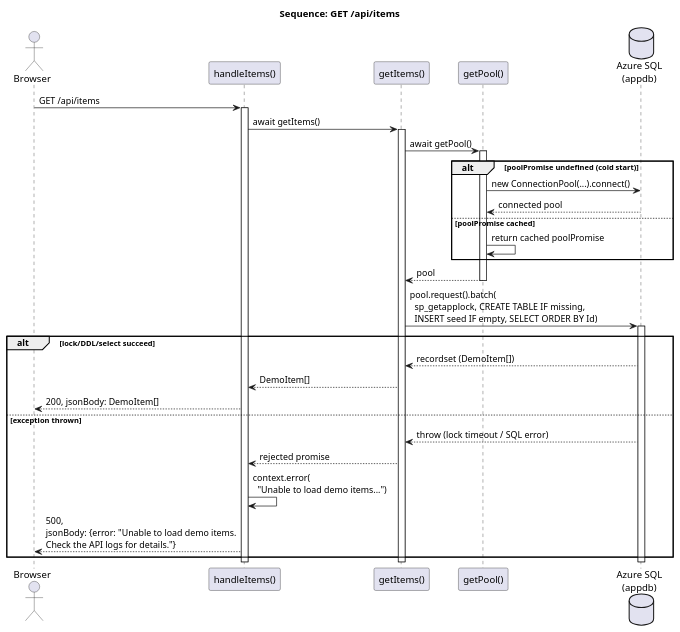
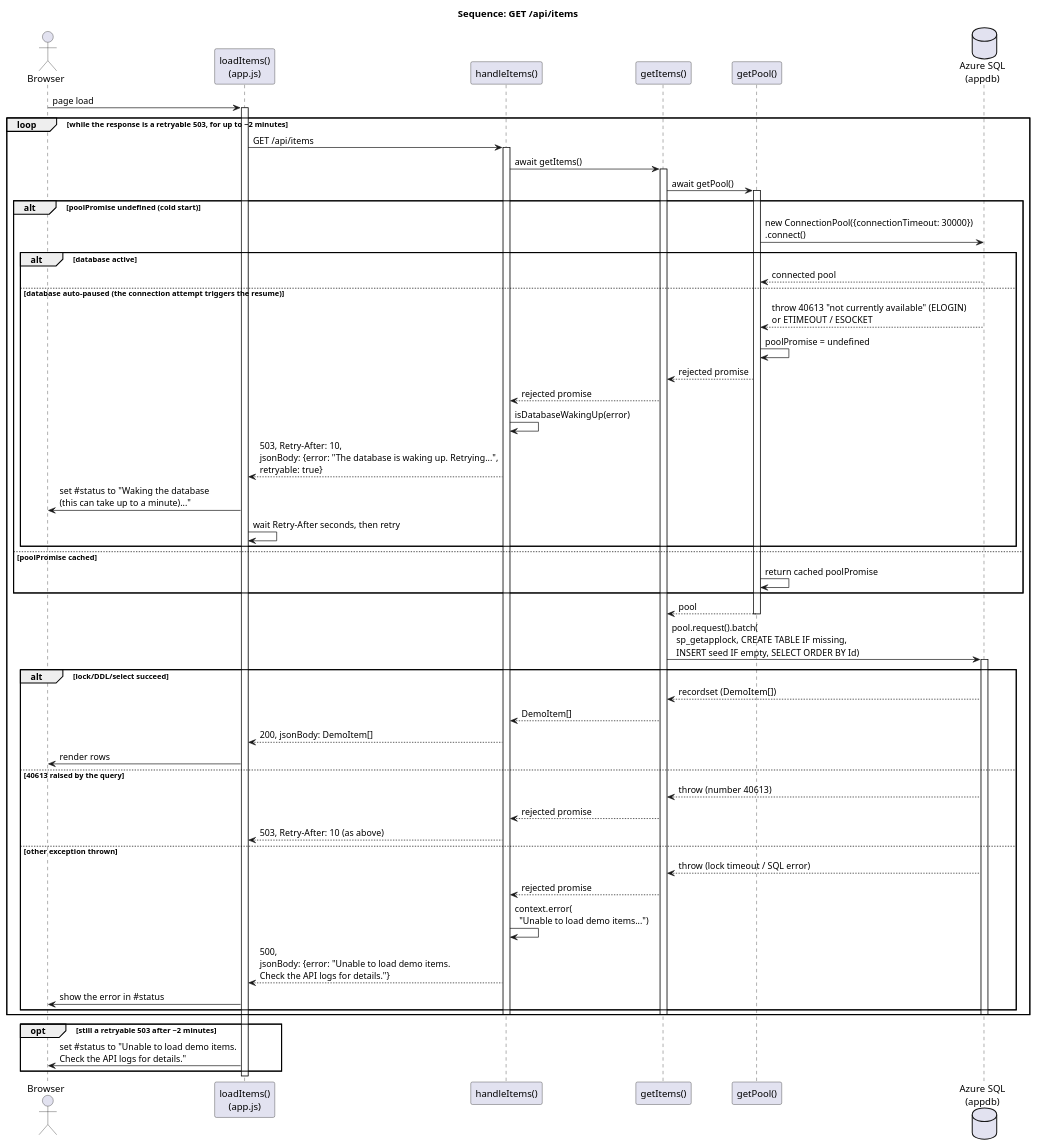
The diagram in uml/interaction/11-sequence.puml (wolffy-au/frictionless-sample-azure), drawn with PlantUML before and after one commit. The commit also changed 8 other files, not shown here.

First line of the commit message:
docs: describe the auto-pause resume and 503 retry path

```diff
--- a/uml/interaction/11-sequence.puml
+++ b/uml/interaction/11-sequence.puml
@@ -1,45 +1,73 @@
 @startuml
 title Sequence: GET /api/items
 
 actor Browser as Browser
+participant "loadItems()\n(app.js)" as LoadItems
 participant "handleItems()" as Handler
 participant "getItems()" as GetItems
 participant "getPool()" as GetPool
 database "Azure SQL\n(appdb)" as Sql
 
-Browser -> Handler : GET /api/items
+Browser -> LoadItems : page load
+activate LoadItems
+
+loop while the response is a retryable 503, for up to ~2 minutes
+LoadItems -> Handler : GET /api/items
 activate Handler
 
 Handler -> GetItems : await getItems()
 activate GetItems
 
 GetItems -> GetPool : await getPool()
 activate GetPool
 
 alt poolPromise undefined (cold start)
-  GetPool -> Sql : new ConnectionPool(...).connect()
-  Sql --> GetPool : connected pool
+  GetPool -> Sql : new ConnectionPool({connectionTimeout: 30000})\n.connect()
+  alt database active
+    Sql --> GetPool : connected pool
+  else database auto-paused (the connection attempt triggers the resume)
+    Sql --> GetPool : throw 40613 "not currently available" (ELOGIN)\nor ETIMEOUT / ESOCKET
+    GetPool -> GetPool : poolPromise = undefined
+    GetPool --> GetItems : rejected promise
+    GetItems --> Handler : rejected promise
+    Handler -> Handler : isDatabaseWakingUp(error)
+    Handler --> LoadItems : 503, Retry-After: 10,\njsonBody: {error: "The database is waking up. Retrying...",\nretryable: true}
+    LoadItems -> Browser : set #status to "Waking the database\n(this can take up to a minute)..."
+    LoadItems -> LoadItems : wait Retry-After seconds, then retry
+  end
 else poolPromise cached
   GetPool -> GetPool : return cached poolPromise
 end
 GetPool --> GetItems : pool
 deactivate GetPool
 
 GetItems -> Sql : pool.request().batch(\n  sp_getapplock, CREATE TABLE IF missing,\n  INSERT seed IF empty, SELECT ORDER BY Id)
 activate Sql
 
 alt lock/DDL/select succeed
   Sql --> GetItems : recordset (DemoItem[])
   GetItems --> Handler : DemoItem[]
-  Handler --> Browser : 200, jsonBody: DemoItem[]
-else exception thrown
+  Handler --> LoadItems : 200, jsonBody: DemoItem[]
+  LoadItems -> Browser : render rows
+else 40613 raised by the query
+  Sql --> GetItems : throw (number 40613)
+  GetItems --> Handler : rejected promise
+  Handler --> LoadItems : 503, Retry-After: 10 (as above)
+else other exception thrown
   Sql --> GetItems : throw (lock timeout / SQL error)
   GetItems --> Handler : rejected promise
   Handler -> Handler : context.error(\n  "Unable to load demo items...")
-  Handler --> Browser : 500,\njsonBody: {error: "Unable to load demo items.\nCheck the API logs for details."}
+  Handler --> LoadItems : 500,\njsonBody: {error: "Unable to load demo items.\nCheck the API logs for details."}
+  LoadItems -> Browser : show the error in #status
 end
 deactivate Sql
 deactivate GetItems
 deactivate Handler
+end
+
+opt still a retryable 503 after ~2 minutes
+  LoadItems -> Browser : set #status to "Unable to load demo items.\nCheck the API logs for details."
+end
+deactivate LoadItems
 
 @enduml
```
